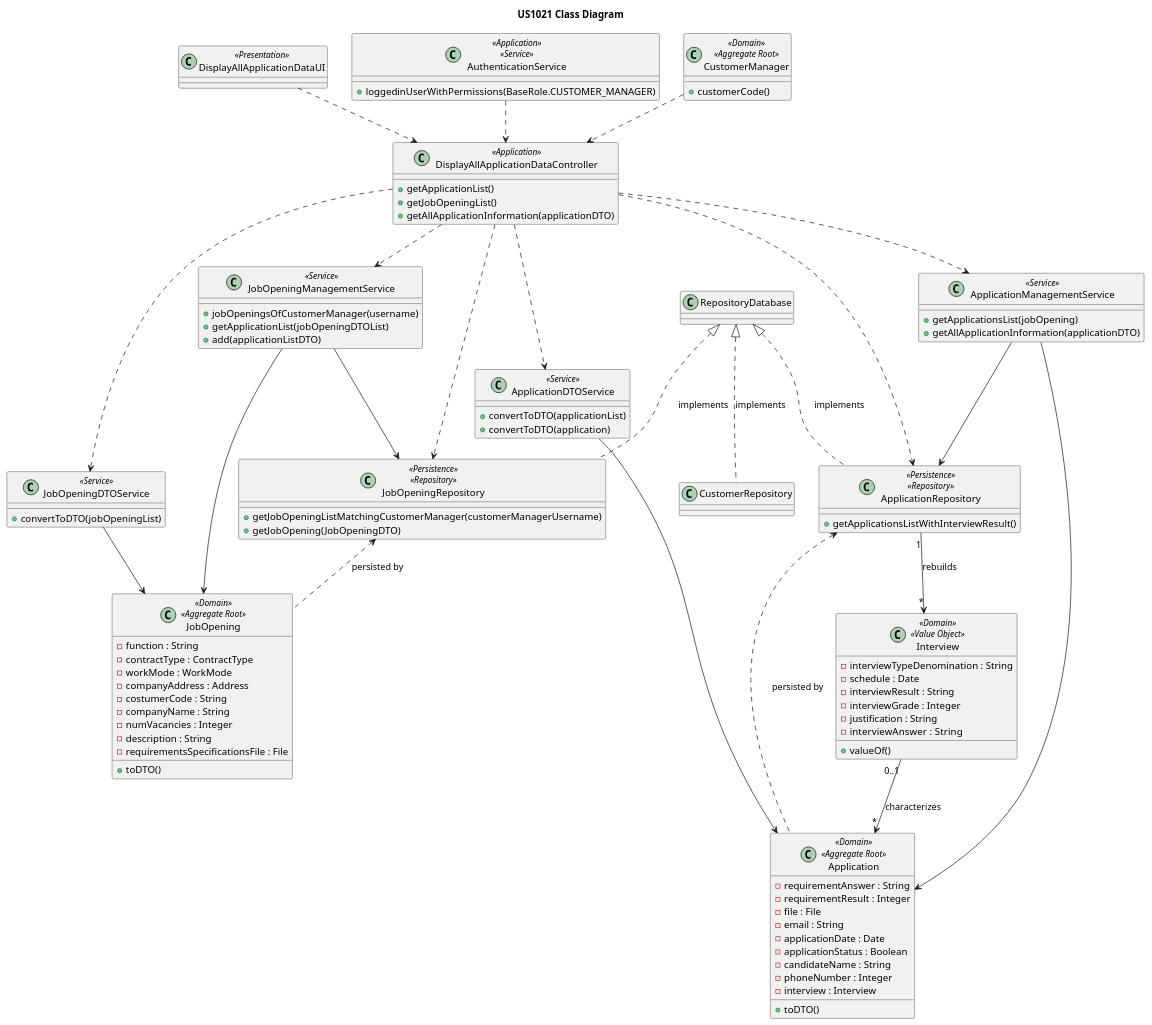
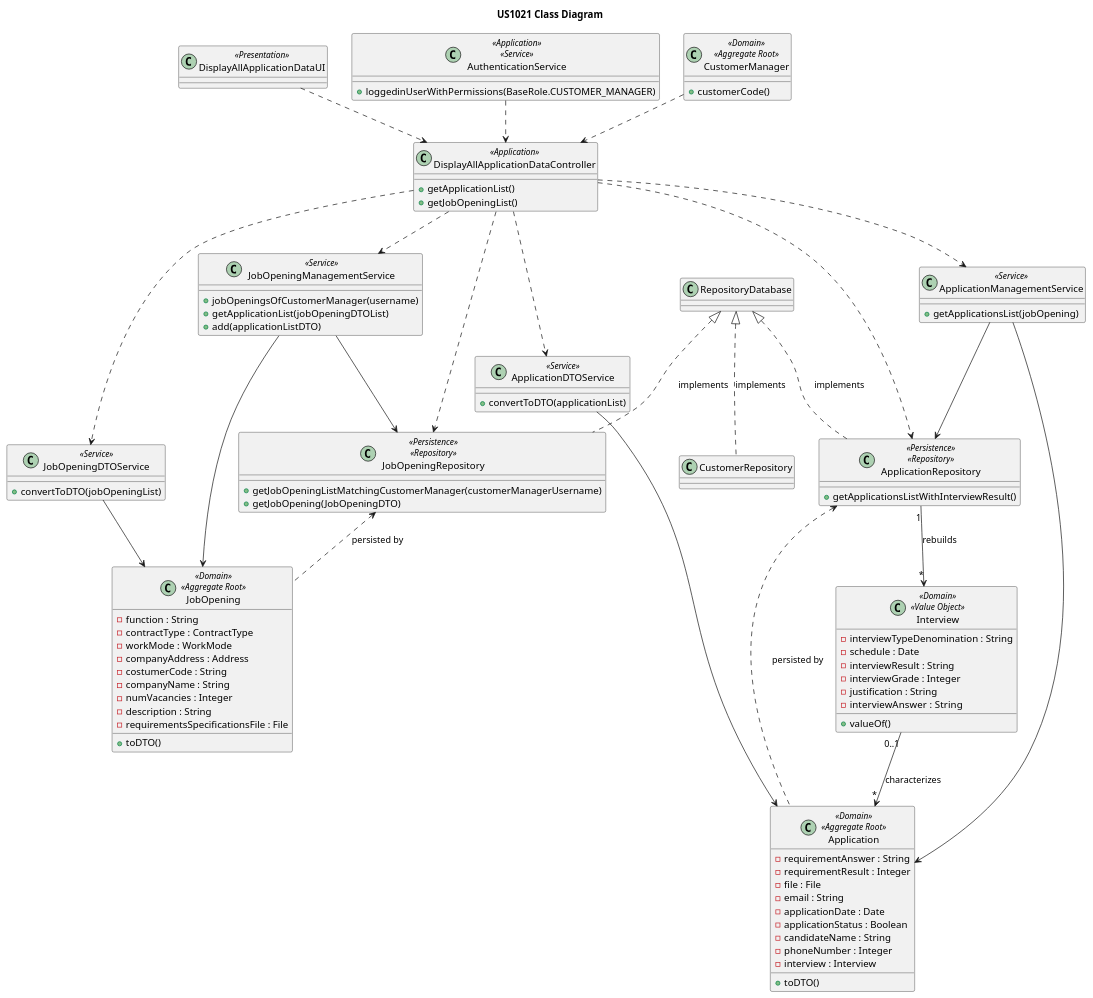
The diagram in docs/sprint-c/us_1021/CD/US1021_CD.puml (rita-barbosa/LAPR4-2324), drawn with PlantUML before and after one commit. The commit also changed 3 other files, not shown here.

```diff
--- a/docs/sprint-c/us_1021/CD/US1021_CD.puml
+++ b/docs/sprint-c/us_1021/CD/US1021_CD.puml
@@ -1,130 +1,127 @@
 @startuml US1021_CD
 title US1021 Class Diagram
 
 'package "Presentation" {
     class DisplayAllApplicationDataUI <<Presentation>> {
     }
 '}
 
 'package "Application" {
     class DisplayAllApplicationDataController <<Application>> {
         + getApplicationList()
         + getJobOpeningList()
-        + getAllApplicationInformation(applicationDTO)
     }
 '}
 
 class JobOpeningManagementService <<Service>> {
     + jobOpeningsOfCustomerManager(username)
     + getApplicationList(jobOpeningDTOList)
     + add(applicationListDTO)
 }
 
 class JobOpeningDTOService <<Service>> {
     + convertToDTO(jobOpeningList)
 }
 
 class ApplicationManagementService <<Service>> {
     + getApplicationsList(jobOpening)
-    + getAllApplicationInformation(applicationDTO)
 }
 
 class ApplicationDTOService <<Service>> {
     + convertToDTO(applicationList)
-    + convertToDTO(application)
 }
 
 
     class AuthenticationService <<Application>> <<Service>> {
         + loggedinUserWithPermissions(BaseRole.CUSTOMER_MANAGER)
     }
 
     class CustomerManager <<Domain>> <<Aggregate Root>> {
         + customerCode()
     }
 
     class JobOpening <<Domain>> <<Aggregate Root>> {
         - function : String
         - contractType : ContractType
         - workMode : WorkMode
         - companyAddress : Address
         - costumerCode : String
         - companyName : String
         - numVacancies : Integer
         - description : String
         - requirementsSpecificationsFile : File
         + toDTO()
     }
 
     class Application <<Domain>> <<Aggregate Root>> {
         - requirementAnswer : String
         - requirementResult : Integer
         - file : File
         - email : String
         - applicationDate : Date
         - applicationStatus : Boolean
         - candidateName : String
         - phoneNumber : Integer
         - interview : Interview
         + toDTO()
     }
 
     class Interview <<Domain>> <<Value Object>> {
         - interviewTypeDenomination : String
         - schedule : Date
         - interviewResult : String
         - interviewGrade : Integer
         - justification : String
         - interviewAnswer :  String
         + valueOf()
     }
 '}
 
 'package "Persistence" {
     class JobOpeningRepository <<Persistence>> <<Repository>> {
         + getJobOpeningListMatchingCustomerManager(customerManagerUsername)
         + getJobOpening(JobOpeningDTO)
     }
 
     class ApplicationRepository <<Persistence>> <<Repository>> {
         + getApplicationsListWithInterviewResult()
     }
 
 '}
 
 ' Associations
 CustomerManager ..> DisplayAllApplicationDataController
 DisplayAllApplicationDataUI ..> DisplayAllApplicationDataController
 DisplayAllApplicationDataController ..> JobOpeningRepository
 DisplayAllApplicationDataController ..> ApplicationRepository
 DisplayAllApplicationDataController ..> ApplicationManagementService
 DisplayAllApplicationDataController ..> JobOpeningManagementService
 DisplayAllApplicationDataController ...> JobOpeningDTOService
 DisplayAllApplicationDataController ..> ApplicationDTOService
 
 ' Domain Layer
 Interview "0..1" --> "*" Application : characterizes
 JobOpeningManagementService --> JobOpeningRepository
 JobOpeningManagementService --> JobOpening
 ApplicationManagementService --> Application
 ApplicationManagementService --> ApplicationRepository
 ApplicationDTOService --> Application
 JobOpeningDTOService --> JobOpening
 
 ' Persistence Layer
 JobOpeningRepository <.. JobOpening : persisted by
 
 ApplicationRepository <.. Application : persisted by
 ApplicationRepository "1" --> "*" Interview : rebuilds
 
 
 ' Interface implementation
 RepositoryDatabase <|.. JobOpeningRepository : implements
 RepositoryDatabase <|.. ApplicationRepository : implements
 RepositoryDatabase <|.. CustomerRepository : implements
 
 ' Authentication
 AuthenticationService ..> DisplayAllApplicationDataController
 
 
 @enduml
```
